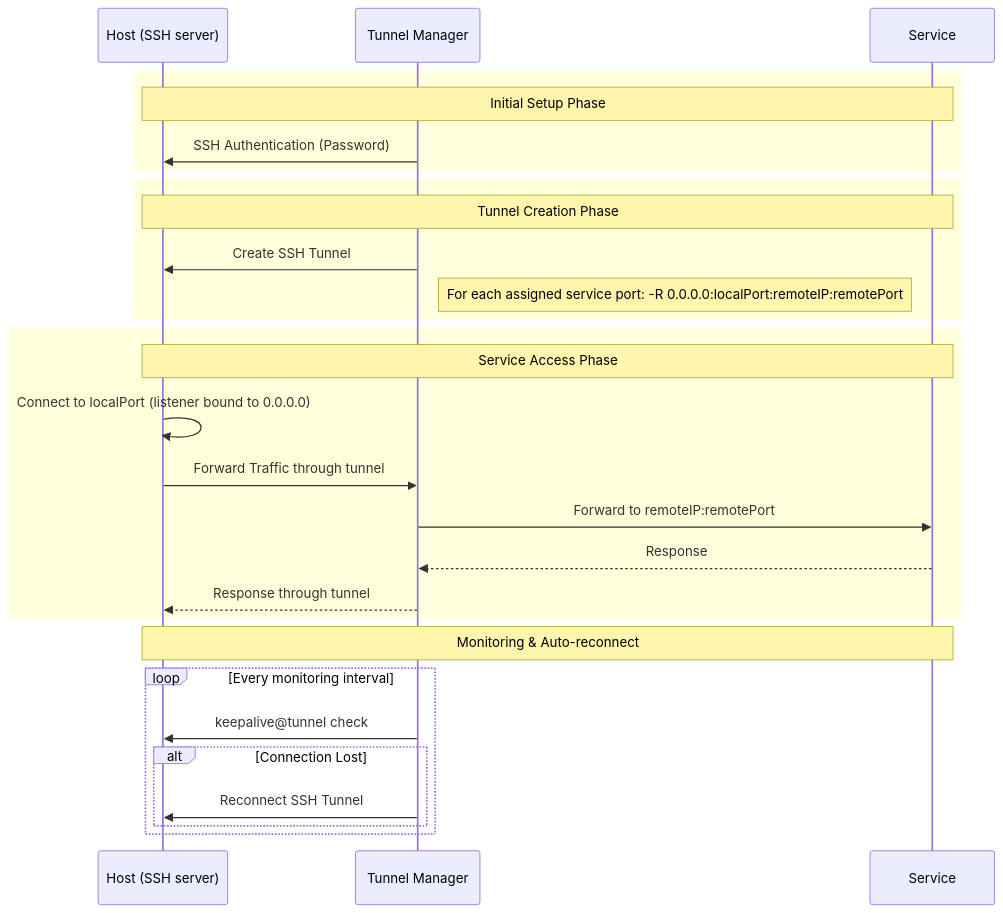
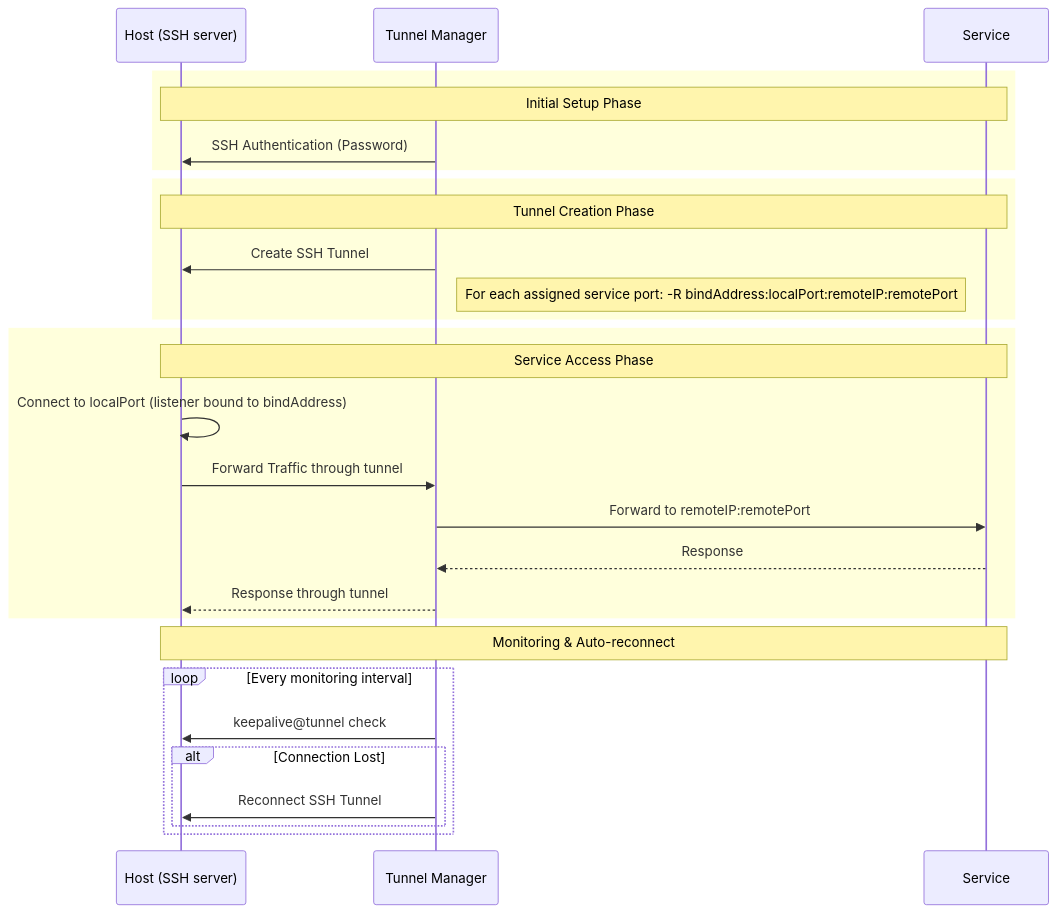
Before and after one commit to jollaman999/tunnel-manager: the diagram in docs/reference.md, drawn with Mermaid. The commit also changed other lines of this file and 26 other files, not shown here.

First line of the commit message:
tunnel: Let a service port say which address the Host opens it on

````diff
--- a/docs/reference.md
+++ b/docs/reference.md
@@ -191,34 +191,34 @@
 ```mermaid
 sequenceDiagram
     participant Host as Host (SSH server)
     participant Bastion as Tunnel Manager
     participant WAS as Service
 
     rect rgb(255, 255, 220)
         Note over Host,WAS: Initial Setup Phase
         Bastion->>Host: SSH Authentication (Password)
     end
 
     rect rgb(255, 255, 220)
         Note over Host,WAS: Tunnel Creation Phase
         Bastion->>Host: Create SSH Tunnel
-        Note right of Bastion: For each assigned service port: -R 0.0.0.0:localPort:remoteIP:remotePort
+        Note right of Bastion: For each assigned service port: -R bindAddress:localPort:remoteIP:remotePort
     end
 
     rect rgb(255, 255, 220)
         Note over Host,WAS: Service Access Phase
-        Host->>Host: Connect to localPort (listener bound to 0.0.0.0)
+        Host->>Host: Connect to localPort (listener bound to bindAddress)
         Host->>Bastion: Forward Traffic through tunnel
         Bastion->>WAS: Forward to remoteIP:remotePort
         WAS-->>Bastion: Response
         Bastion-->>Host: Response through tunnel
     end
 
     Note over Host,WAS: Monitoring & Auto-reconnect
     loop Every monitoring interval
         Bastion->>Host: keepalive@tunnel check
         alt Connection Lost
             Bastion->>Host: Reconnect SSH Tunnel
         end
     end
 ```
````
